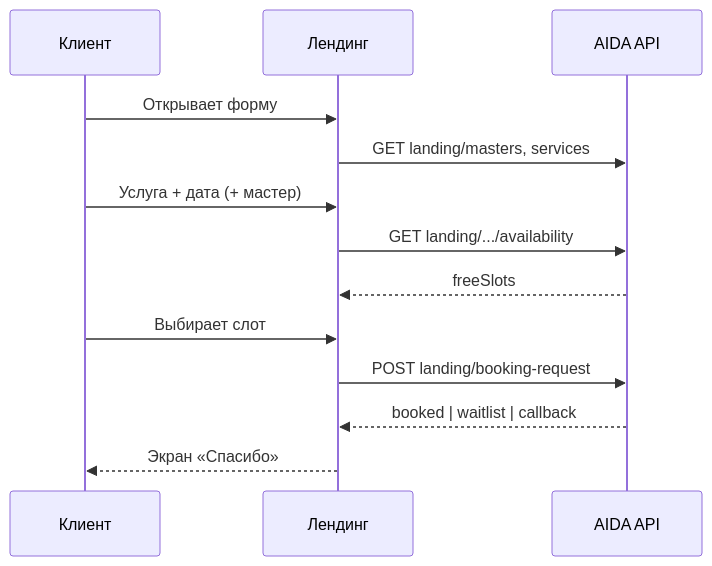
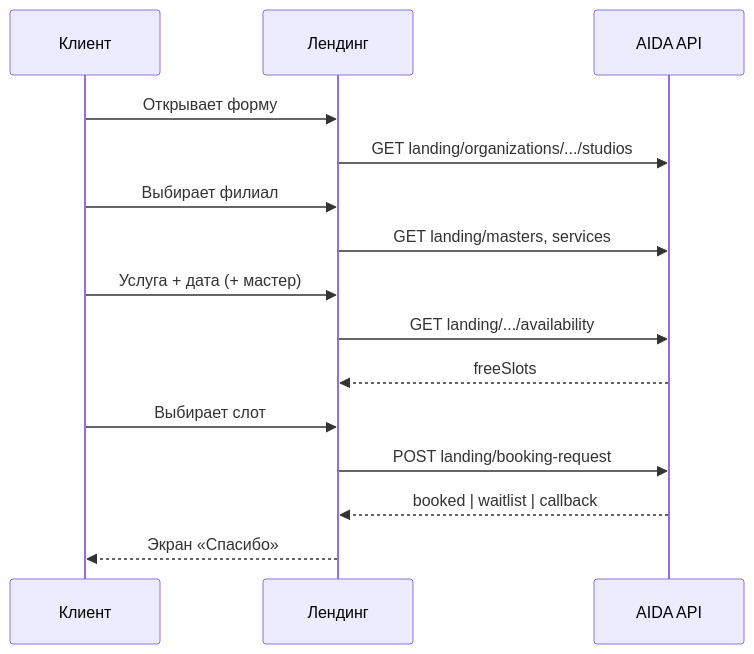
One commit to Hukumishe/aida_demo changed the diagram in docs/lovable/LOVABLE_LANDING_BOOKING_FORM_PROMPT.md. Above: the diagram before and after it, drawn with Mermaid. The commit also changed other lines of this file and 2 other files, not shown here.

First line of the commit message:
feat(landing): public studio list for booking form

````diff
--- a/docs/lovable/LOVABLE_LANDING_BOOKING_FORM_PROMPT.md
+++ b/docs/lovable/LOVABLE_LANDING_BOOKING_FORM_PROMPT.md
@@ -137,16 +150,18 @@
 ```mermaid
 sequenceDiagram
   participant U as Клиент
   participant L as Лендинг
   participant API as AIDA API
 
   U->>L: Открывает форму
+  L->>API: GET landing/organizations/.../studios
+  U->>L: Выбирает филиал
   L->>API: GET landing/masters, services
   U->>L: Услуга + дата (+ мастер)
   L->>API: GET landing/.../availability
   API-->>L: freeSlots
   U->>L: Выбирает слот
   L->>API: POST landing/booking-request
   API-->>L: booked | waitlist | callback
   L-->>U: Экран «Спасибо»
 ```
````
